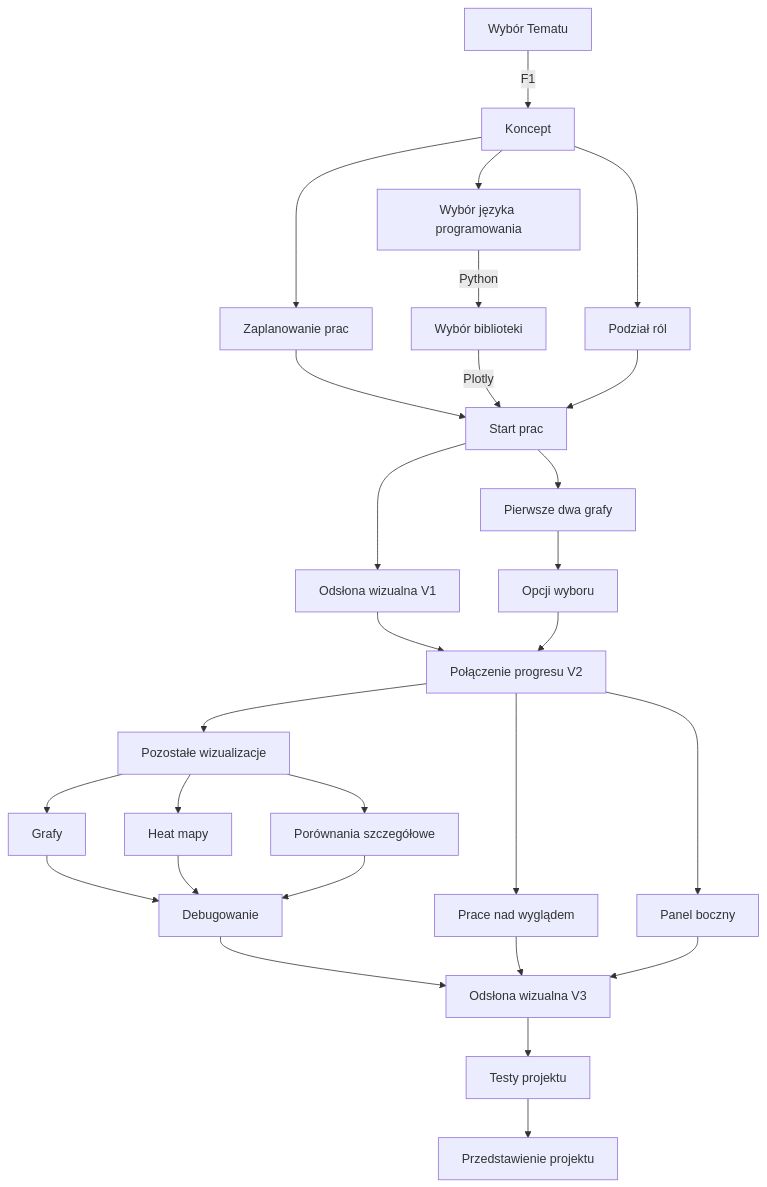
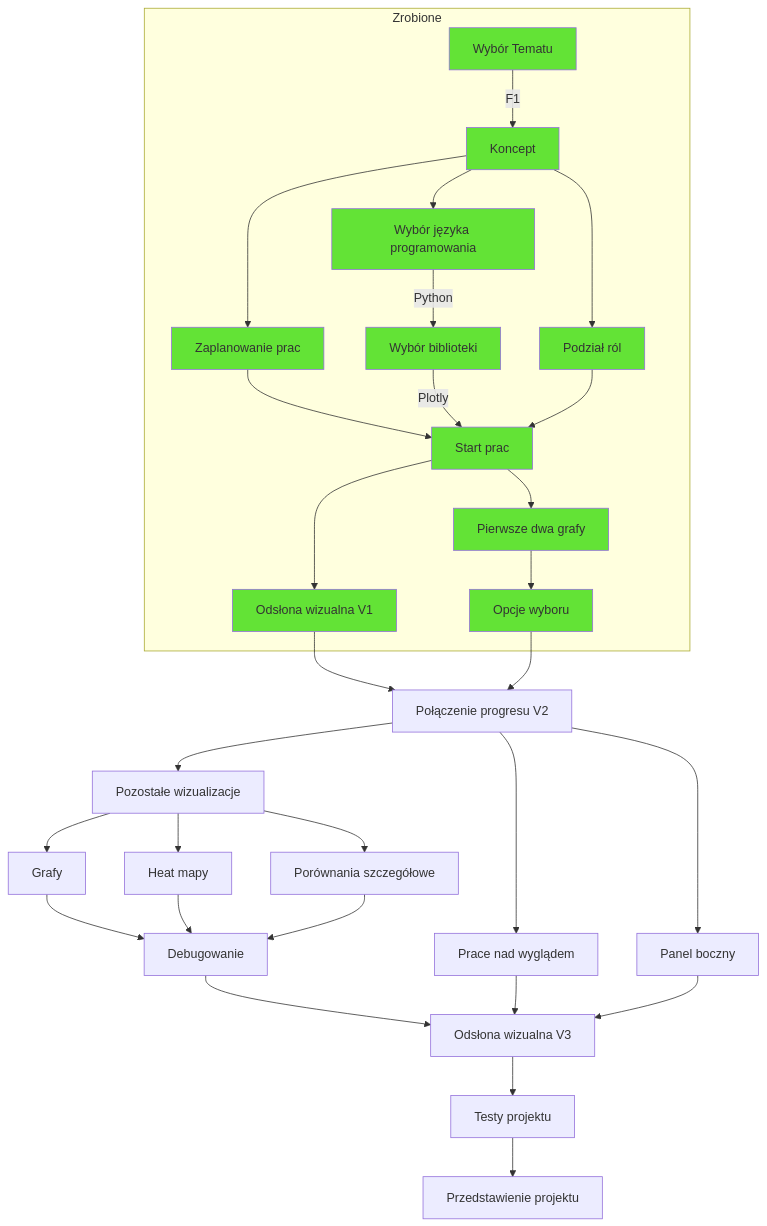
Before and after one commit to Tymiec/Formula_1_Visualized: the diagram in README.md, drawn with Mermaid.

Commit message:
dodano kolor, poprawiono błędy gramatyczne

````diff
--- a/README.md
+++ b/README.md
@@ -19,25 +19,49 @@
 ```mermaid
 %%{init: {'theme': light 'base', 'themeVariables': { 'primaryColor': '#ffcccc', 'edgeLabelBackground':'#ffffee', 'tertiaryColor': '#fff0f0'}}}%%
 graph 
 Start1[Wybór Tematu] -- F1--> Koncept
 Koncept --> Wybor
 Koncept --> Podzial
 Koncept --> Plany[Zaplanowanie prac] --> Start_prac
 Wybor[Wybór języka programowania] -- Python --> Wybor2[Wybór biblioteki]-- Plotly -->Start_prac
 Podzial[Podział ról] --> Start_prac
 Start_prac[Start prac]
 Start_prac --> Graf[Pierwsze dwa grafy]
 Start_prac --> Strona[Odsłona wizualna V1] --> Merge
-Graf --> Przyciski[Opcji wyboru] --> Merge
+Graf --> Przyciski[Opcje wyboru] --> Merge
 Merge[Połączenie progresu V2]
 Merge --> Grafy_dodanie[Pozostałe wizualizacje]
 Grafy_dodanie --> Grafiki[Grafy]--> Debugowanie
 Grafy_dodanie --> Heatmapy[Heat mapy]--> Debugowanie
 Grafy_dodanie --> Porownania[Porównania szczegółowe]--> Debugowanie
 Debugowanie --> Merge2
 Merge --> Wiz2[Prace nad wyglądem] --> Merge2
 Merge --> PBoczny[Panel boczny] --> Merge2
 Merge2[Odsłona wizualna V3]
 Merge2 --> Testy[Testy projektu]
 Testy --> Finish[Przedstawienie projektu]
+
+subgraph Zrobione
+ Start1
+ Koncept
+ Start_prac
+ Podzial
+ Wybor2
+ Plany
+ Wybor
+ Graf
+ Przyciski
+ Strona
+end
+
+style Start1 fill:#63E336
+style Koncept fill:#63E336
+style Start_prac fill:#63E336
+style Podzial fill:#63E336
+style Wybor2 fill:#63E336
+style Plany fill:#63E336
+style Wybor fill:#63E336
+style Graf fill:#63E336
+style Przyciski fill:#63E336
+style Strona fill:#63E336
 ```
````
